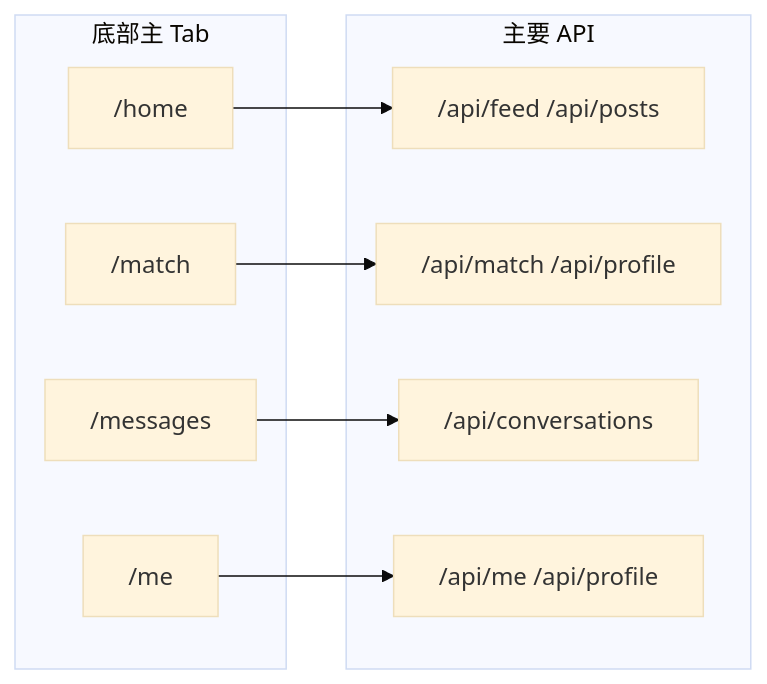
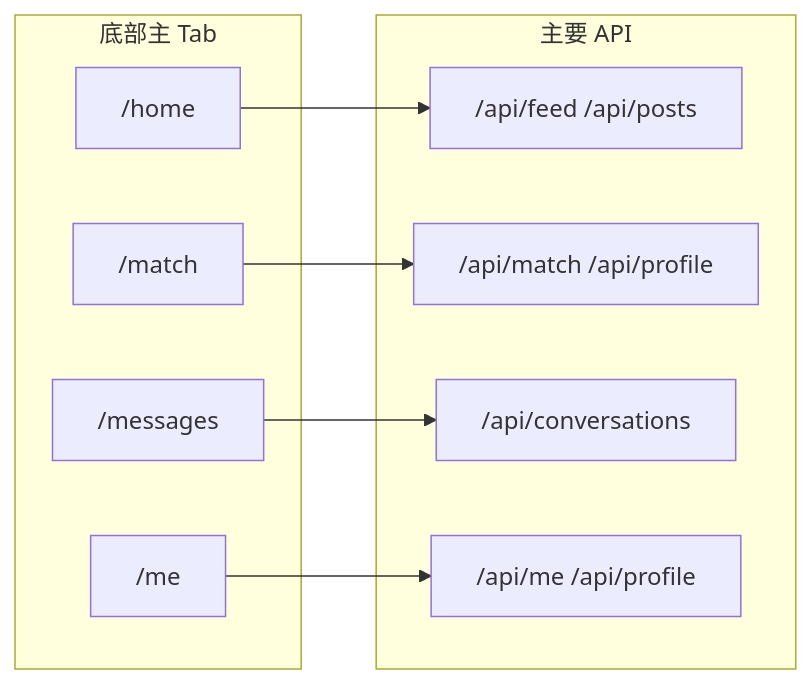
One commit to FrankDengAI/founder-bridge-AI changed diagram 13 of 13 in README.md. Above: the diagram before and after it, drawn with Mermaid. The commit also changed other lines of this file and 75 other files, not shown here.

````diff
--- a/README.md
+++ b/README.md
@@ -1064,22 +1297,21 @@
 ```mermaid
-%%{init: {'theme': 'base', 'themeVariables': {'fontSize': '16px'}, 'flowchart': {'nodeSpacing': 50, 'rankSpacing': 40}}}%%
 flowchart LR
   subgraph Tabs ["底部主 Tab"]
     H["/home"]
     Ma["/match"]
     Me["/messages"]
     My["/me"]
   end
 
   subgraph APIs ["主要 API"]
     A1["/api/feed /api/posts"]
     A2["/api/match /api/profile"]
     A3["/api/conversations"]
     A4["/api/me /api/profile"]
   end
 
   H --> A1
   Ma --> A2
   Me --> A3
   My --> A4
 ```
````
